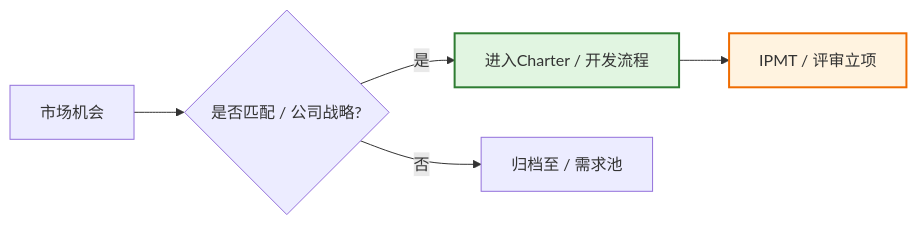
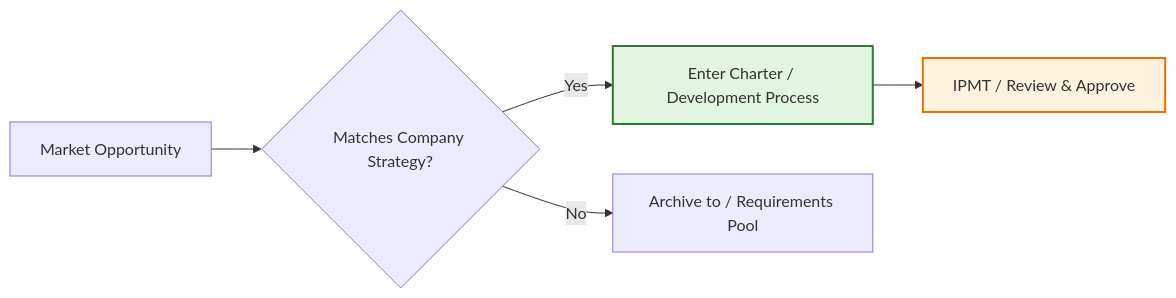
The second of 11 diagrams in templates/产品/战略层/【模板】项目任务书.md (Kirky-X/cangjie), drawn with Mermaid before and after one commit. The commit also changed other lines of this file and 12 other files, not shown here.

````diff
--- a/templates/产品/战略层/【模板】项目任务书.md
+++ b/templates/产品/战略层/【模板】项目任务书.md
@@ -105,9 +105,9 @@
 ```mermaid
 flowchart LR
-    A[市场机会] --> B{是否匹配 / 公司战略?}
-    B -->|是| C[进入Charter / 开发流程]
-    B -->|否| D[归档至 / 需求池]
-    C --> E[IPMT / 评审立项]
+    A[Market Opportunity] --> B{Matches Company Strategy?}
+    B -->|Yes| C[Enter Charter / Development Process]
+    B -->|No| D[Archive to / Requirements Pool]
+    C --> E[IPMT / Review & Approve]
     style C fill:#e1f5e1,stroke:#2e7d32,stroke-width:2px
     style E fill:#fff3e0,stroke:#ef6c00,stroke-width:2px
 ```
````
